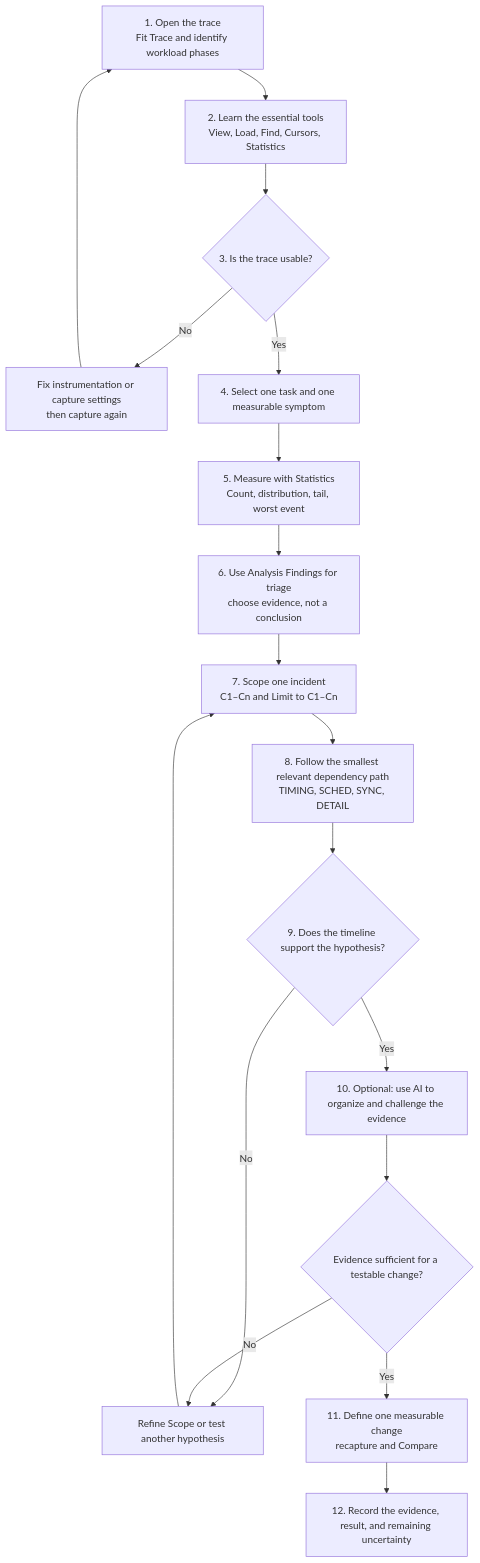
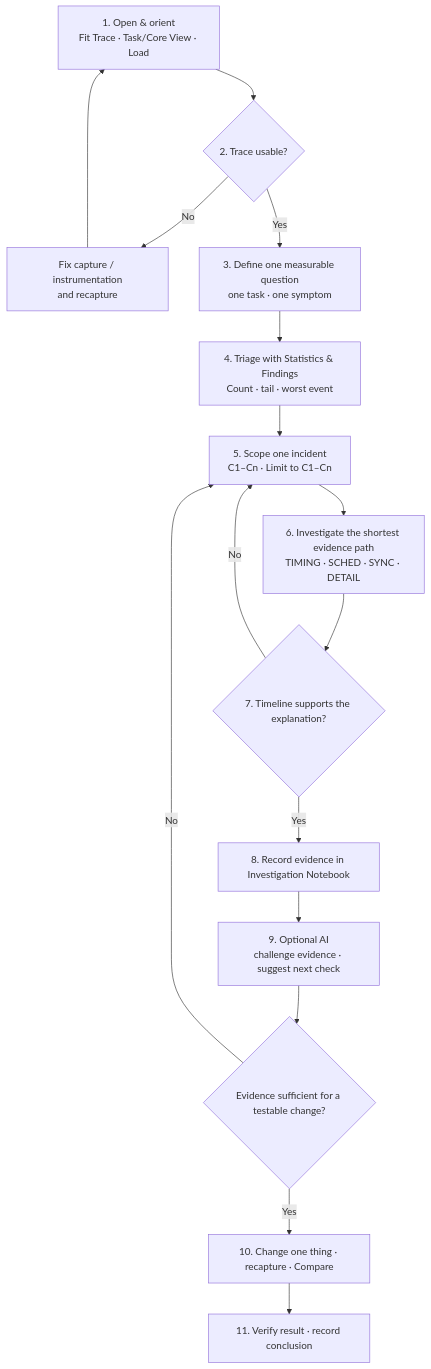
One commit to kuopinghsu/FreeRTOS-BTF-Trace changed the first of 6 diagrams in BTFViewer/WORKFLOWS.md. Above: the diagram before and after it, drawn with Mermaid. The commit also changed other lines of this file and 21 other files, not shown here.

````diff
--- a/BTFViewer/WORKFLOWS.md
+++ b/BTFViewer/WORKFLOWS.md
@@ -5,20 +5,18 @@
 ```mermaid
 flowchart TD
-  open["1. Open the trace<br/>Fit Trace and identify workload phases"] --> tools["2. Learn the essential tools<br/>View, Load, Find, Cursors, Statistics"]
-  tools --> quality{"3. Is the trace usable?"}
-  quality -->|No| recapture["Fix instrumentation or capture settings<br/>then capture again"]
+  open["1. Open & orient<br/>Fit Trace · Task/Core View · Load"] --> quality{"2. Trace usable?"}
+  quality -->|No| recapture["Fix capture / instrumentation<br/>and recapture"]
   recapture --> open
-  quality -->|Yes| task["4. Select one task and one measurable symptom"]
-  task --> stats["5. Measure with Statistics<br/>Count, distribution, tail, worst event"]
-  stats --> triage["6. Use Analysis Findings for triage<br/>choose evidence, not a conclusion"]
-  triage --> scope["7. Scope one incident<br/>C1–Cn and Limit to C1–Cn"]
-  scope --> dependency["8. Follow the smallest relevant dependency path<br/>TIMING, SCHED, SYNC, DETAIL"]
-  dependency --> timeline{"9. Does the timeline support the hypothesis?"}
-  timeline -->|No| refine["Refine Scope or test another hypothesis"]
-  refine --> scope
-  timeline -->|Yes| ai["10. Optional: use AI to organize and challenge the evidence"]
-  ai --> sufficient{"Evidence sufficient for a testable change?"}
-  sufficient -->|No| refine
-  sufficient -->|Yes| change["11. Define one measurable change<br/>recapture and Compare"]
-  change --> record["12. Record the evidence, result, and remaining uncertainty"]
+  quality -->|Yes| question["3. Define one measurable question<br/>one task · one symptom"]
+  question --> triage["4. Triage with Statistics & Findings<br/>Count · tail · worst event"]
+  triage --> scope["5. Scope one incident<br/>C1–Cn · Limit to C1–Cn"]
+  scope --> investigate["6. Investigate the shortest evidence path<br/>TIMING · SCHED · SYNC · DETAIL"]
+  investigate --> verify{"7. Timeline supports the explanation?"}
+  verify -->|No| scope
+  verify -->|Yes| record["8. Record evidence in Investigation Notebook"]
+  record --> ai["9. Optional AI<br/>challenge evidence · suggest next check"]
+  ai --> decision{"Evidence sufficient for a testable change?"}
+  decision -->|No| scope
+  decision -->|Yes| compare["10. Change one thing · recapture · Compare"]
+  compare --> conclude["11. Verify result · record conclusion"]
 ```
````
